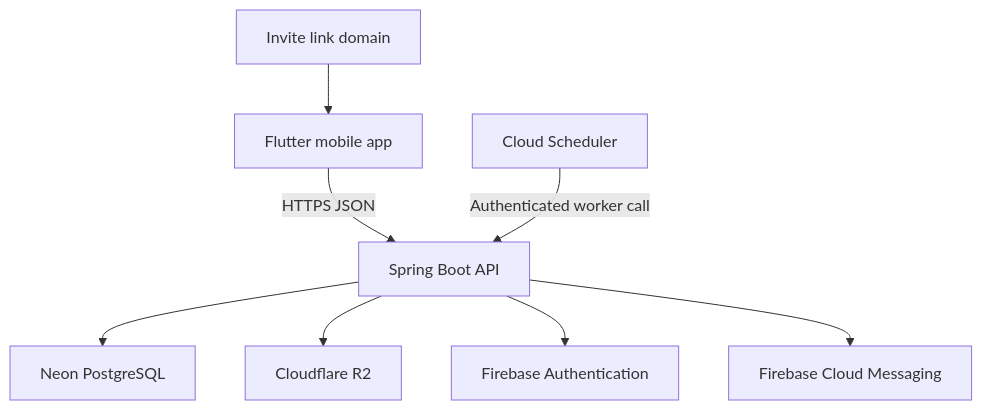
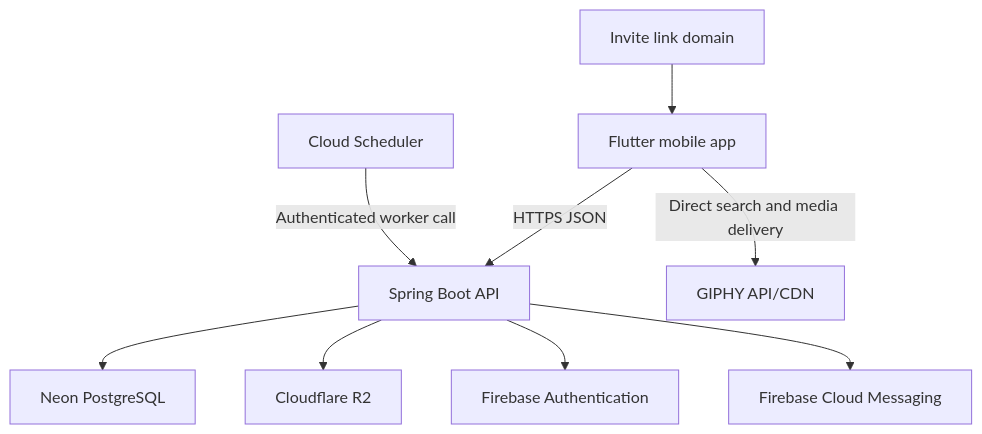
The first of 6 diagrams in docs/05-hld.md (cosmoimai/Hyped), drawn with Mermaid before and after one commit. The commit also changed other lines of this file, not shown here.

Commit message:
docs: correct GIPHY integration architecture

````diff
--- a/docs/05-hld.md
+++ b/docs/05-hld.md
@@ -51,10 +51,11 @@
 ```mermaid
 flowchart TD
     Mobile["Flutter mobile app"] -->|HTTPS JSON| API["Spring Boot API"]
     API --> DB["Neon PostgreSQL"]
     API --> Media["Cloudflare R2"]
     API --> Auth["Firebase Authentication"]
     API --> Push["Firebase Cloud Messaging"]
+    Mobile -->|Direct search and media delivery| Giphy["GIPHY API/CDN"]
     Scheduler["Cloud Scheduler"] -->|Authenticated worker call| API
     Links["Invite link domain"] --> Mobile
 ```
````
